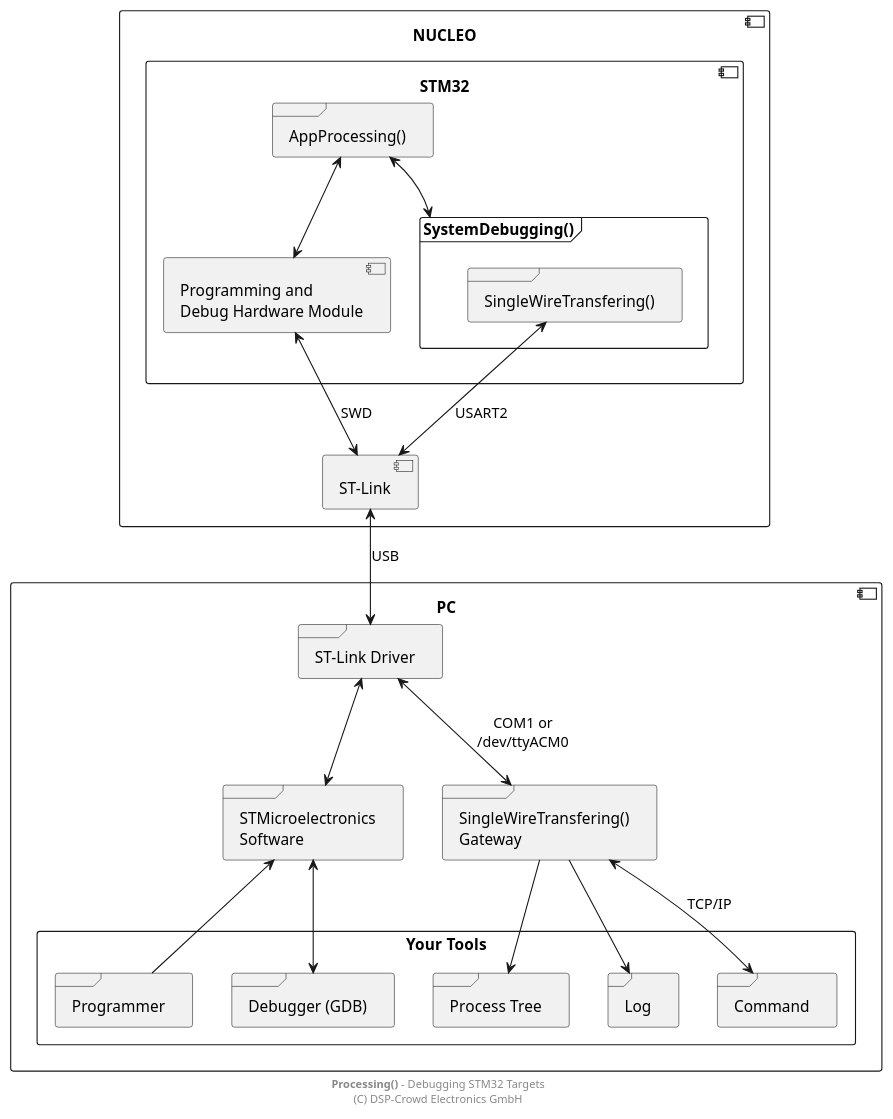
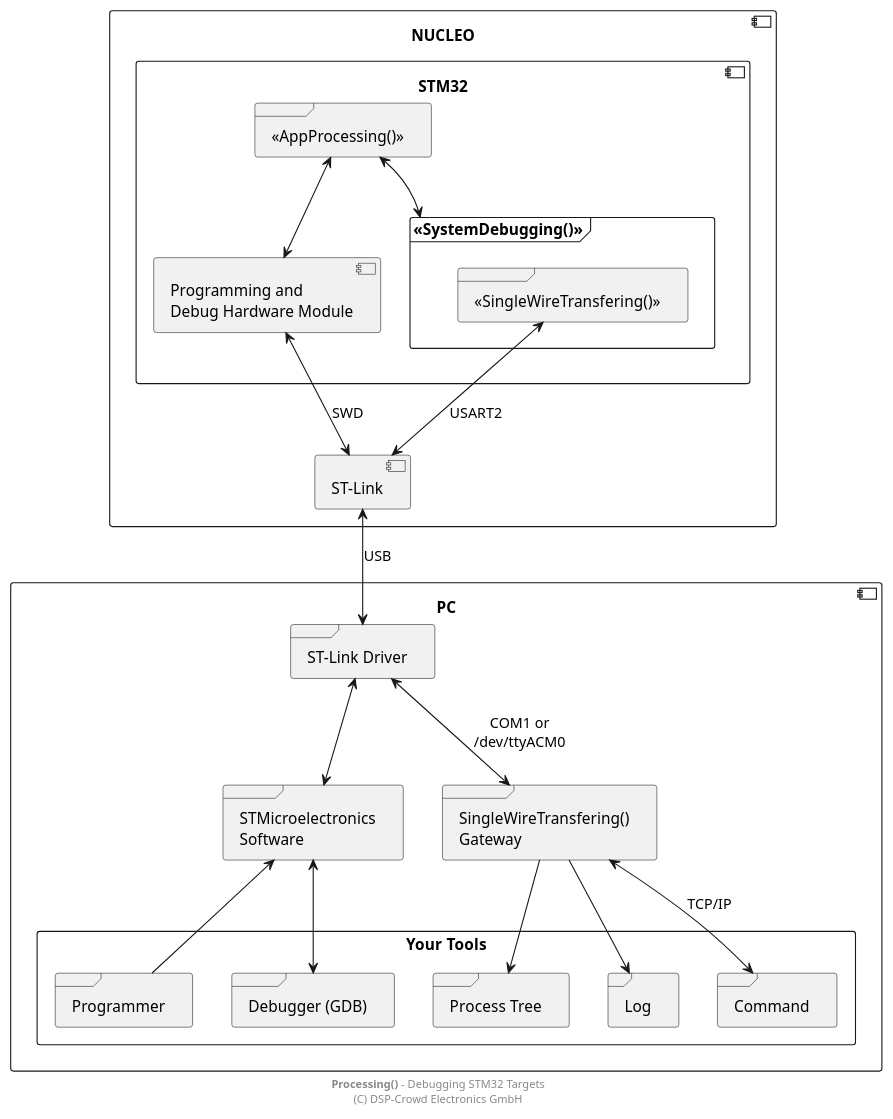
Before and after one commit to NoOrientationProgramming/hello-world-stm32: the diagram in doc/system/stm32-uart_3.pu, drawn with PlantUML. The commit also changed 6 other files, not shown here.

```diff
--- a/doc/system/stm32-uart_3.pu
+++ b/doc/system/stm32-uart_3.pu
@@ -2,64 +2,64 @@
 @startuml
 
 ' skinparam linetype ortho
 ' scale 0.6
 
 component "NUCLEO" as pNuc {
 
   component "STM32" {
 
-    frame "AppProcessing()" as pApp
+    frame "<<AppProcessing()>>" as pApp
 
-    frame "SystemDebugging()" as pSysDbg {
-      frame "SingleWireTransfering()" as pSwt
+    frame "<<SystemDebugging()>>" as pSysDbg {
+      frame "<<SingleWireTransfering()>>" as pSwt
     }
 
     component "Programming and\nDebug Hardware Module" as pHwDbg
 
     pApp <--> pHwDbg
     pApp <--> pSysDbg
   }
 
   component "ST-Link" as pStLink
 
   pSwt <--> pStLink : USART2
   pHwDbg <--> pStLink : SWD
 }
 
 component PC as pPc {
 
   frame "ST-Link Driver" as pDrv
 
   frame "SingleWireTransfering()\nGateway" as pGw
   frame "STMicroelectronics\nSoftware" as pStSw
 
   rectangle "Your Tools" as pTools {
 
     frame "Programmer" as pProg
     frame "Debugger (GDB)" as pDbg
 
     frame "Process Tree" as pTree
     frame "Log" as pLog
     frame "Command" as pCmd
     ' frame "Custom\nChannels" as pCustom
   }
 
   pDrv <--> pStSw
   pDrv <--> pGw : "COM1 or\n/dev/ttyACM0"
 
   pGw --> pTree
   pGw --> pLog
   pGw <--> pCmd : "TCP/IP"
   ' pGw <--> pCustom
 
   pStSw <-- pProg
   pStSw <--> pDbg
 
   pStSw -r[hidden]- pGw
 }
 
 pStLink <--> pDrv : USB
 
 footer **Processing()** - Debugging STM32 Targets\n(C) DSP-Crowd Electronics GmbH
 
 @enduml
```
